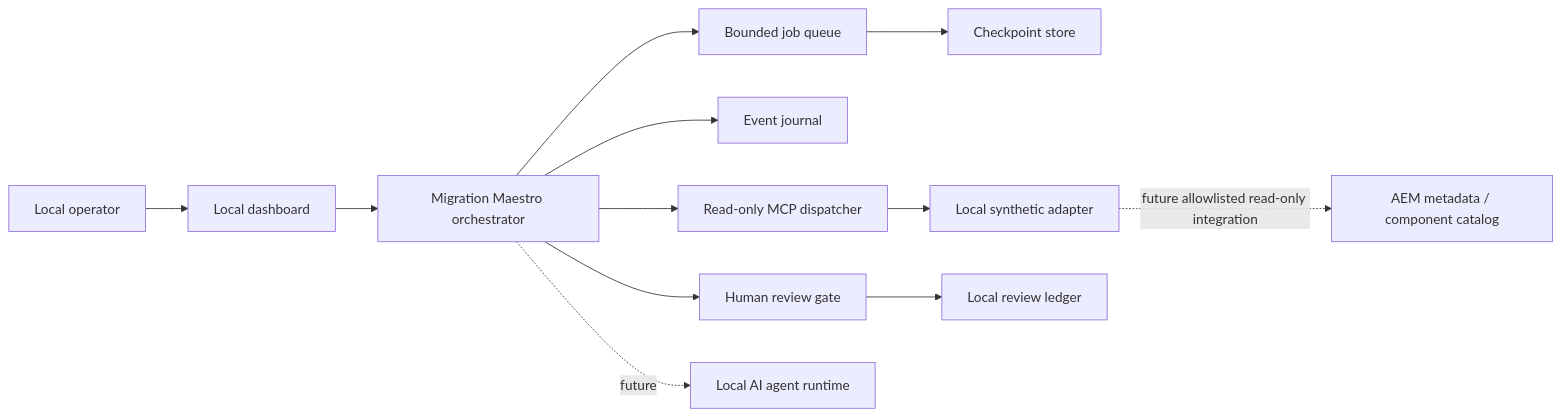
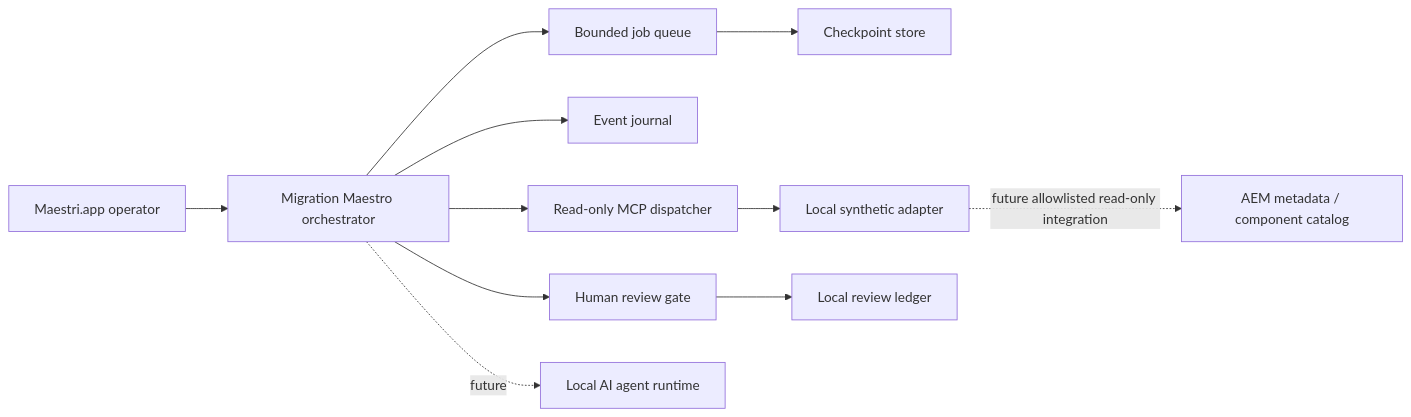
The first of 3 diagrams in docs/local-agent-architecture-uml.md (Davavincoaraujo/migration-maestro), drawn with Mermaid before and after one commit. The commit also changed other lines of this file and 255 other files, not shown here.

````diff
--- a/docs/local-agent-architecture-uml.md
+++ b/docs/local-agent-architecture-uml.md
@@ -7,14 +7,13 @@
 ```mermaid
 flowchart LR
-  U[Local operator] --> D[Local dashboard]
-  D --> O[Migration Maestro orchestrator]
+  U[Maestri.app operator] --> O[Migration Maestro orchestrator]
   O --> Q[Bounded job queue]
   Q --> C[Checkpoint store]
   O --> J[Event journal]
   O --> R[Read-only MCP dispatcher]
   R --> A[Local synthetic adapter]
   O --> H[Human review gate]
   H --> L[Local review ledger]
   A -. future allowlisted read-only integration .-> M[AEM metadata / component catalog]
   O -. future .-> I[Local AI agent runtime]
 ```
````
